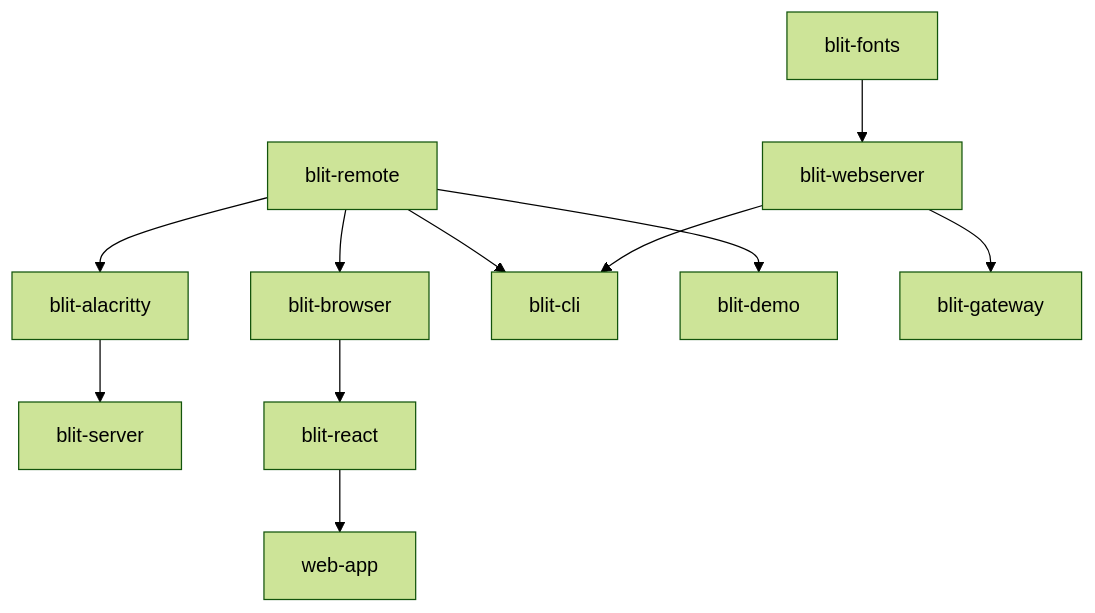
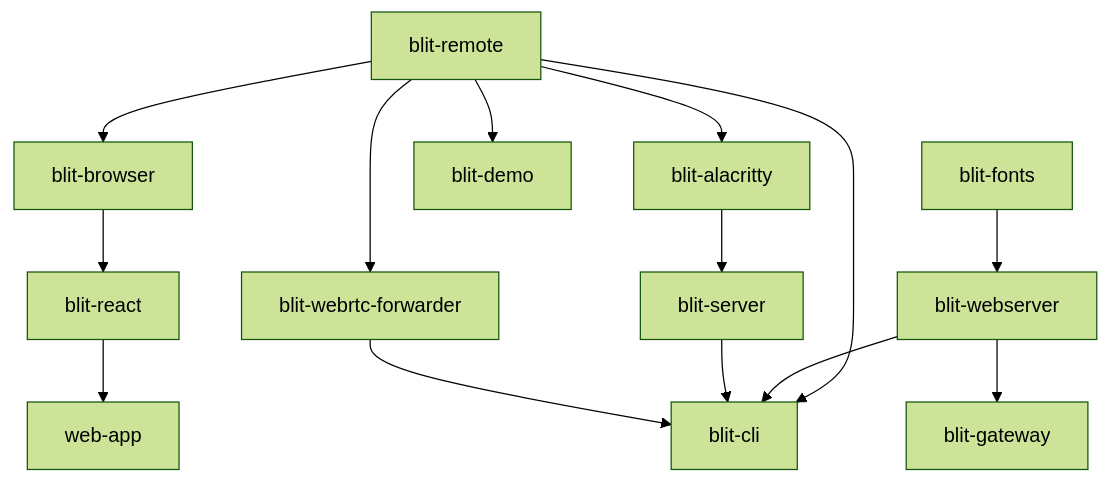
Before and after one commit to indent-com/blit: the second of 3 diagrams in ARCHITECTURE.md, drawn with Mermaid (forest theme). The commit also changed other lines of this file and 4 other files, not shown here.

First line of the commit message:
Update docs, man pages, and skills for blit share/server and blit-webrtc-forwarder.

````diff
--- a/ARCHITECTURE.md
+++ b/ARCHITECTURE.md
@@ -39,15 +42,19 @@
 ```mermaid
 graph TD
     remote[blit-remote] --> alacritty[blit-alacritty]
     remote --> browser[blit-browser]
     remote --> cli[blit-cli]
     remote --> demo[blit-demo]
 
     alacritty --> server[blit-server]
     browser --> react[blit-react]
     react --> webapp[web-app]
 
     fonts[blit-fonts] --> webserver[blit-webserver]
     webserver --> gateway[blit-gateway]
     webserver --> cli
+
+    remote --> forwarder[blit-webrtc-forwarder]
+    server --> cli
+    forwarder --> cli
 ```
````
